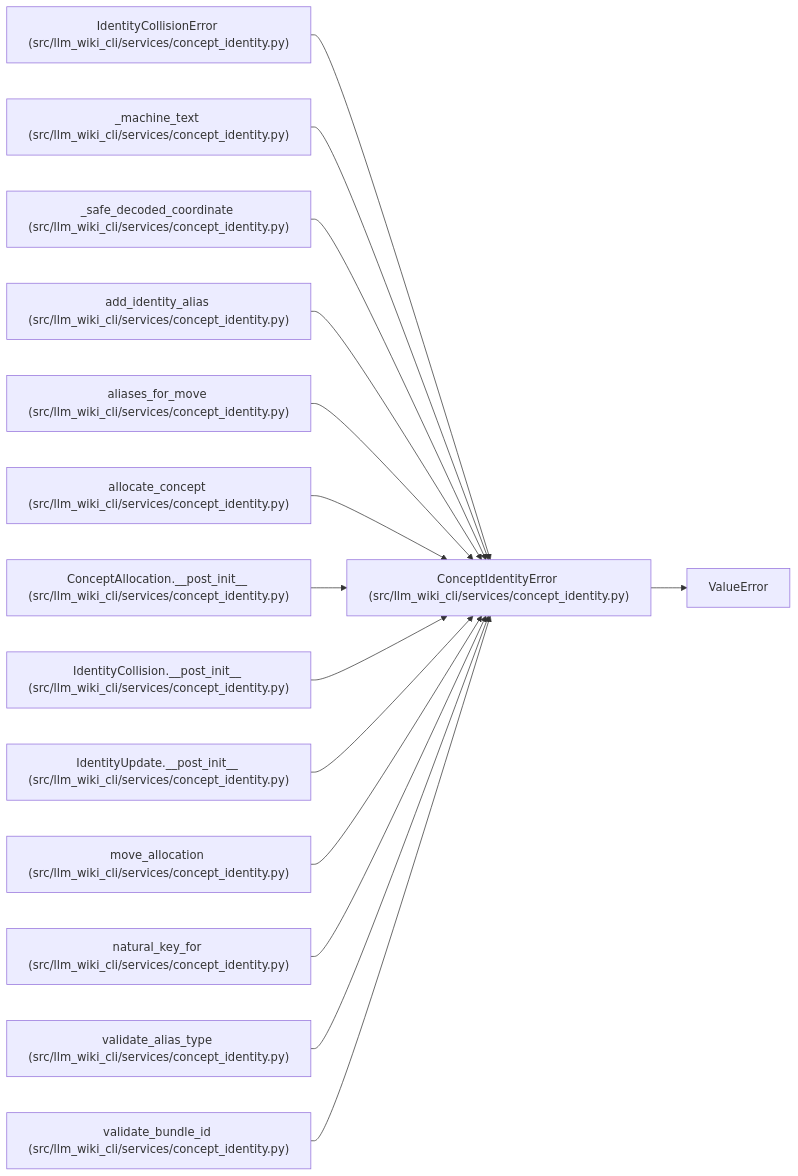
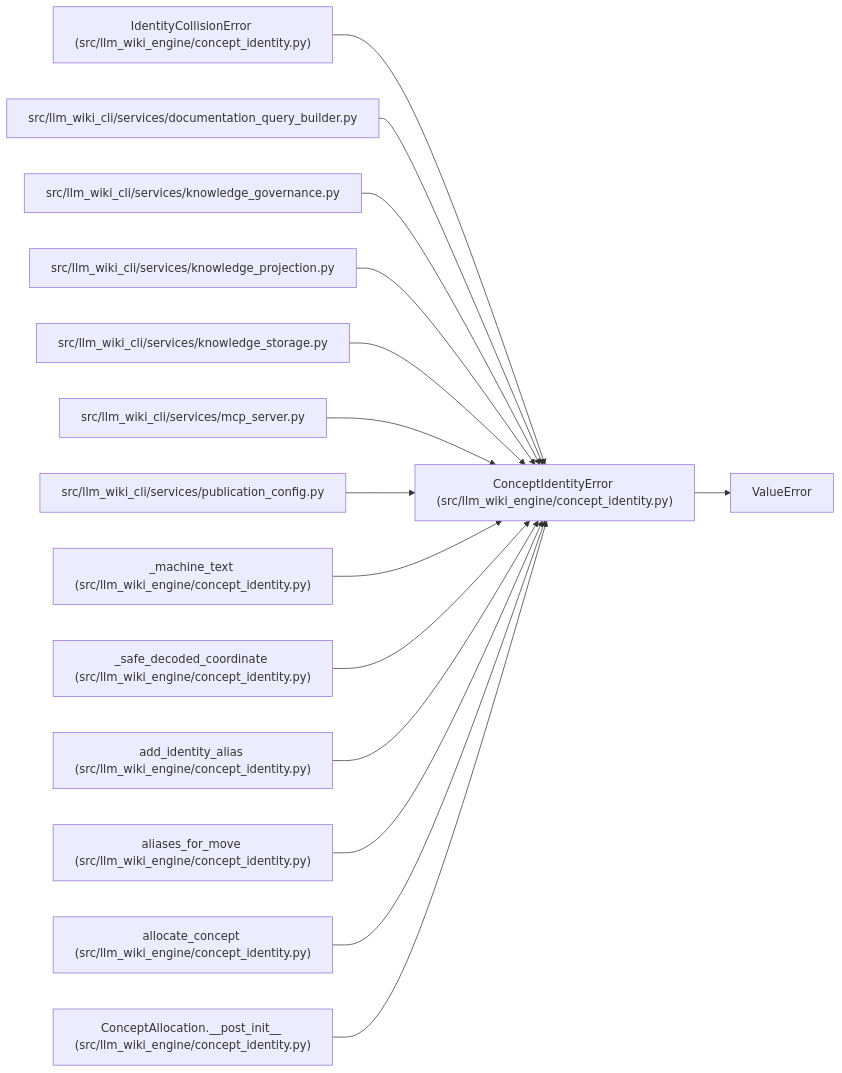
The diagram in docs/llm_wiki/entities/ConceptIdentityError.md (Denissvgn/python-wiki-llm), drawn with Mermaid before and after one commit. The commit also changed other lines of this file and 1103 other files, not shown here.

First line of the commit message:
docs: refresh the wiki for the llm-wiki-engine distribution

````diff
--- a/docs/llm_wiki/entities/ConceptIdentityError.md
+++ b/docs/llm_wiki/entities/ConceptIdentityError.md
@@ -25,46 +25,46 @@
 ```mermaid
 flowchart LR
-    n0["ConceptIdentityError (src/llm_wiki_cli/services/concept_identity.py)"]
+    n0["ConceptIdentityError (src/llm_wiki_engine/concept_identity.py)"]
     n1["ValueError"]
-    n2["IdentityCollisionError (src/llm_wiki_cli/services/concept_identity.py)"]
-    n3["_machine_text (src/llm_wiki_cli/services/concept_identity.py)"]
-    n4["_safe_decoded_coordinate (src/llm_wiki_cli/services/concept_identity.py)"]
-    n5["add_identity_alias (src/llm_wiki_cli/services/concept_identity.py)"]
-    n6["aliases_for_move (src/llm_wiki_cli/services/concept_identity.py)"]
-    n7["allocate_concept (src/llm_wiki_cli/services/concept_identity.py)"]
-    n8["ConceptAllocation.__post_init__ (src/llm_wiki_cli/services/concept_identity.py)"]
-    n9["IdentityCollision.__post_init__ (src/llm_wiki_cli/services/concept_identity.py)"]
-    n10["IdentityUpdate.__post_init__ (src/llm_wiki_cli/services/concept_identity.py)"]
-    n11["move_allocation (src/llm_wiki_cli/services/concept_identity.py)"]
-    n12["natural_key_for (src/llm_wiki_cli/services/concept_identity.py)"]
-    n13["validate_alias_type (src/llm_wiki_cli/services/concept_identity.py)"]
-    n14["validate_bundle_id (src/llm_wiki_cli/services/concept_identity.py)"]
+    n2["IdentityCollisionError (src/llm_wiki_engine/concept_identity.py)"]
+    n3["src/llm_wiki_cli/services/documentation_query_builder.py"]
+    n4["src/llm_wiki_cli/services/knowledge_governance.py"]
+    n5["src/llm_wiki_cli/services/knowledge_projection.py"]
+    n6["src/llm_wiki_cli/services/knowledge_storage.py"]
+    n7["src/llm_wiki_cli/services/mcp_server.py"]
+    n8["src/llm_wiki_cli/services/publication_config.py"]
+    n9["_machine_text (src/llm_wiki_engine/concept_identity.py)"]
+    n10["_safe_decoded_coordinate (src/llm_wiki_engine/concept_identity.py)"]
+    n11["add_identity_alias (src/llm_wiki_engine/concept_identity.py)"]
+    n12["aliases_for_move (src/llm_wiki_engine/concept_identity.py)"]
+    n13["allocate_concept (src/llm_wiki_engine/concept_identity.py)"]
+    n14["ConceptAllocation.__post_init__ (src/llm_wiki_engine/concept_identity.py)"]
     n0 --> n1
     n2 --> n0
     n3 --> n0
     n4 --> n0
     n5 --> n0
     n6 --> n0
     n7 --> n0
     n8 --> n0
     n9 --> n0
     n10 --> n0
     n11 --> n0
     n12 --> n0
     n13 --> n0
     n14 --> n0
     click n0 "../modules/concept_identity.md"
     click n2 "../modules/concept_identity.md"
-    click n3 "../modules/concept_identity.md"
-    click n4 "../modules/concept_identity.md"
-    click n5 "../modules/concept_identity.md"
-    click n6 "../modules/concept_identity.md"
-    click n7 "../modules/concept_identity.md"
-    click n8 "../modules/concept_identity.md"
+    click n3 "../modules/documentation_query_builder.md"
+    click n4 "../modules/knowledge_governance.md"
+    click n5 "../modules/knowledge_projection.md"
+    click n6 "../modules/knowledge_storage.md"
+    click n7 "../modules/mcp_server.md"
+    click n8 "../modules/publication_config.md"
     click n9 "../modules/concept_identity.md"
     click n10 "../modules/concept_identity.md"
     click n11 "../modules/concept_identity.md"
     click n12 "../modules/concept_identity.md"
     click n13 "../modules/concept_identity.md"
     click n14 "../modules/concept_identity.md"
 ```
````
